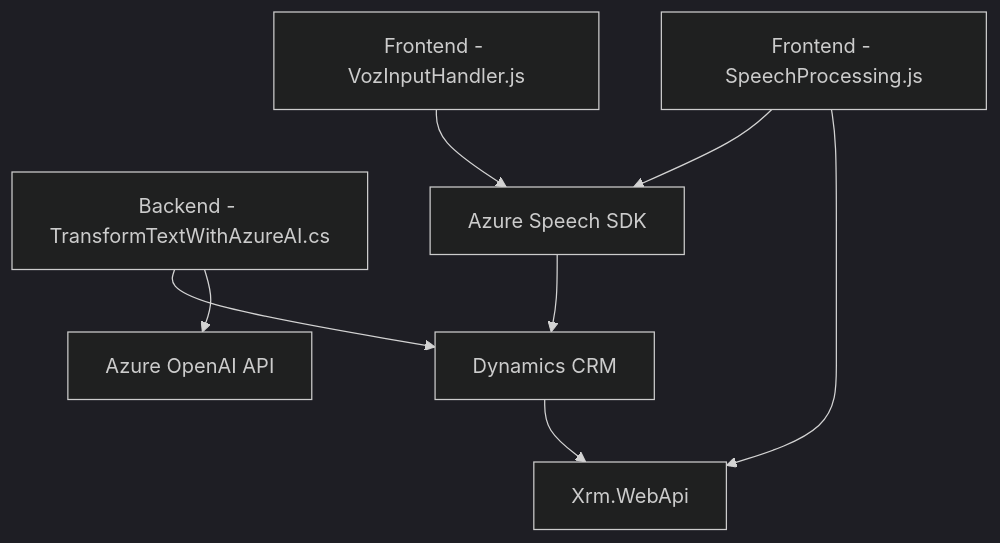
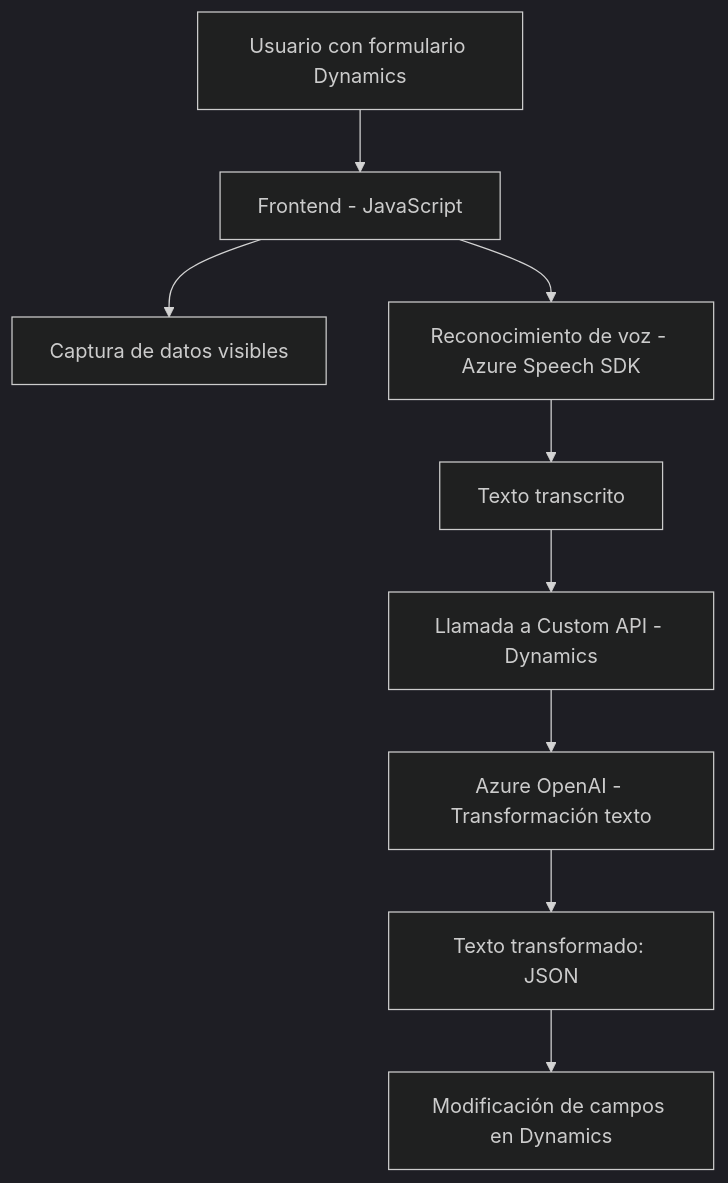
The diagram in README.md (blopezdm/NETCORE_BILBAO2025), drawn with Mermaid (dark theme) before and after one commit. The commit also changed other lines of this file, not shown here.

Commit message:
Actualizar análisis global de la solución con IA

````diff
--- a/README.md
+++ b/README.md
@@ -61,18 +51,11 @@
 ```mermaid
 graph TD
-    A["Frontend - VozInputHandler.js"]
-    B["Frontend - SpeechProcessing.js"]
-    C["Backend - TransformTextWithAzureAI.cs"]
-    D["Azure Speech SDK"]
-    E["Azure OpenAI API"]
-    F["Dynamics CRM"]
-    G["Xrm.WebApi"]
-
-    A --> D
-    B --> D
-    B --> G
-    C --> F
-    C --> E
-    F --> G
-    D --> F
+    A["Usuario con formulario Dynamics"] --> B["Frontend - JavaScript"]
+    B --> C["Captura de datos visibles"]
+    B --> D["Reconocimiento de voz - Azure Speech SDK"]
+    D --> E["Texto transcrito"]
+    E --> F["Llamada a Custom API - Dynamics"]
+    F --> G["Azure OpenAI - Transformación texto"]
+    G --> H["Texto transformado: JSON"]
+    H --> I["Modificación de campos en Dynamics"]
 ```
````
